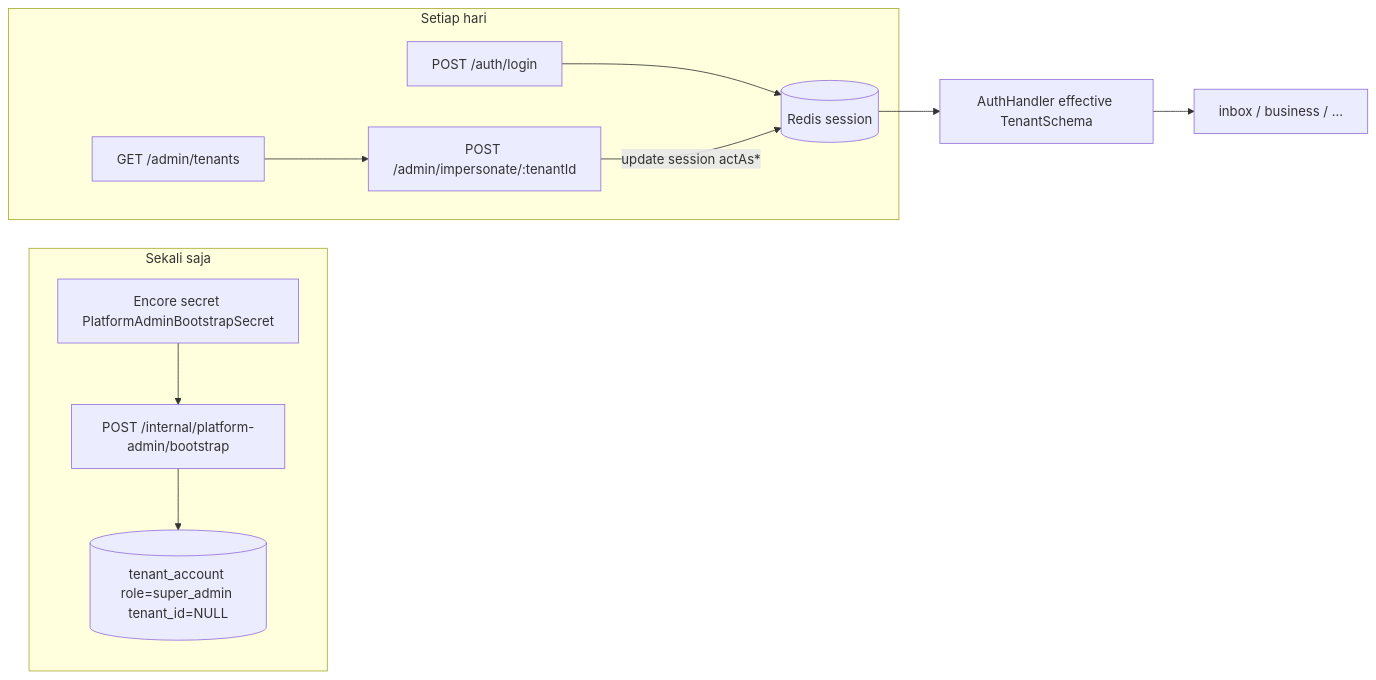
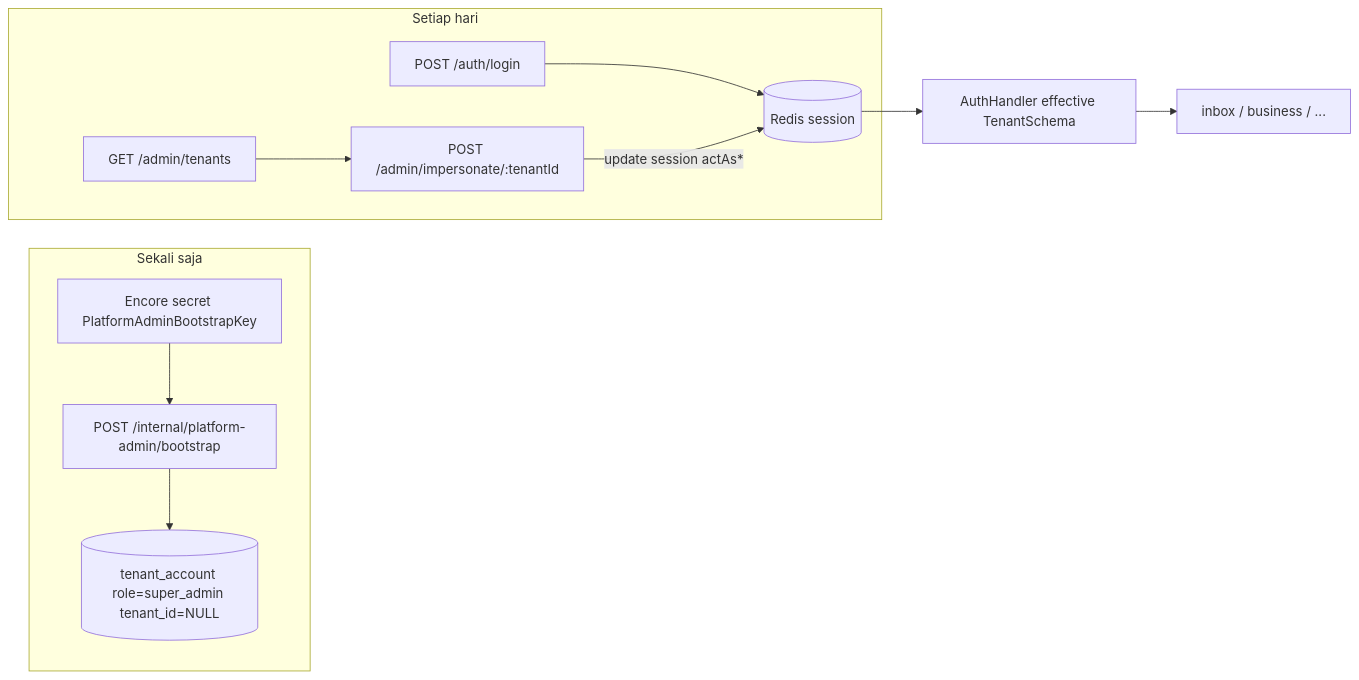
Before and after one commit to vwijaya03/wabantu-api-go: the eighth of 9 diagrams in DEVELOPER_DOCUMENTATION.md, drawn with Mermaid. The commit also changed other lines of this file and 25 other files, not shown here.

Commit message:
feat(auth): separate platform-admin login, admin/impersonation session kinds, session-kind middleware, login lockout + audit table, hardened one-time bootstrap (PlatformAdminBootstrapKey), docs + catalog

````diff
--- a/DEVELOPER_DOCUMENTATION.md
+++ b/DEVELOPER_DOCUMENTATION.md
@@ -1063,22 +1063,22 @@
 ```mermaid
 flowchart LR
   subgraph bootstrap [Sekali saja]
-    SEC[Encore secret PlatformAdminBootstrapSecret]
+    SEC[Encore secret PlatformAdminBootstrapKey]
     API[POST /internal/platform-admin/bootstrap]
     DB[(tenant_account role=super_admin tenant_id=NULL)]
     SEC --> API --> DB
   end
 
   subgraph daily [Setiap hari]
     LOGIN[POST /auth/login]
     REDIS[(Redis session)]
     ADMIN[GET /admin/tenants]
     IMP[POST /admin/impersonate/:tenantId]
     LOGIN --> REDIS
     ADMIN --> IMP
     IMP -->|update session actAs*| REDIS
   end
 
   REDIS --> AUTH[AuthHandler effective TenantSchema]
   AUTH --> INBOX[inbox / business / ...]
 ```
````
